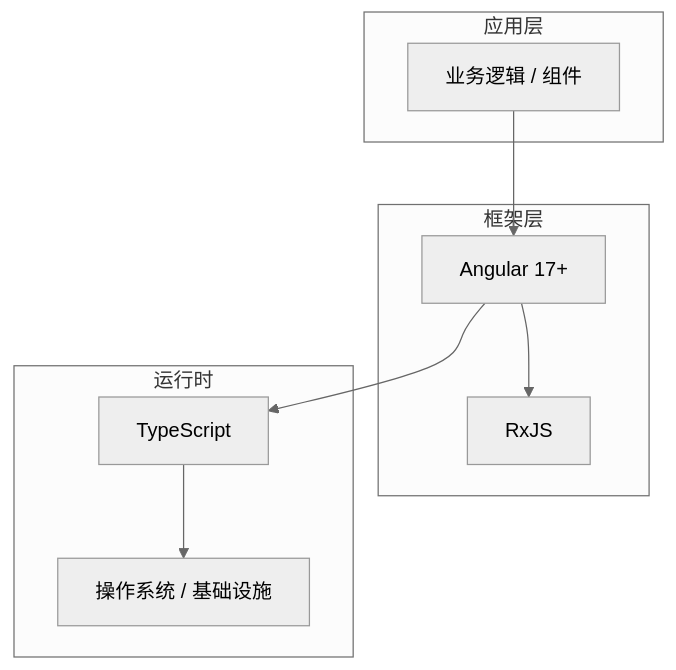
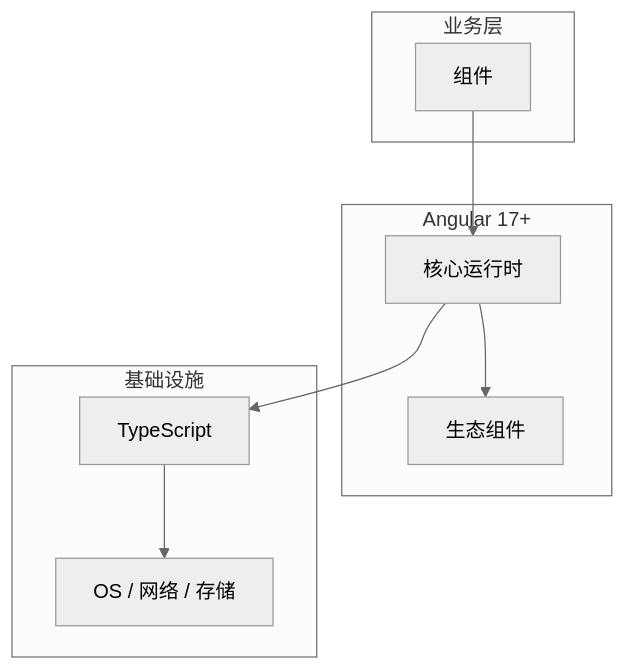
The diagram in articles/Angular/chapters/007-组件核心概念与原理.md (yanggan2015/knowledge-json-v2), drawn with Mermaid (neutral theme) before and after one commit. The commit also changed other lines of this file and 10127 other files, not shown here.

````diff
--- a/articles/Angular/chapters/007-组件核心概念与原理.md
+++ b/articles/Angular/chapters/007-组件核心概念与原理.md
@@ -45,18 +34,18 @@
 ```mermaid
 graph TB
-    subgraph 应用层
-        A[业务逻辑 / 组件]
+    subgraph 业务层
+        A[组件]
     end
-    subgraph 框架层
-        B[Angular 17+]
-        C[RxJS]
+    subgraph Angular 17+
+        B[核心运行时]
+        C[生态组件]
     end
-    subgraph 运行时
+    subgraph 基础设施
         D[TypeScript]
-        E[操作系统 / 基础设施]
+        E[OS / 网络 / 存储]
     end
     A --> B
     B --> C
     B --> D
     D --> E
 ```
````
